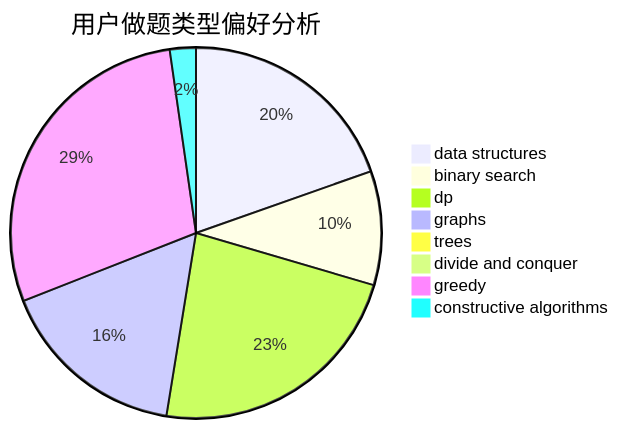
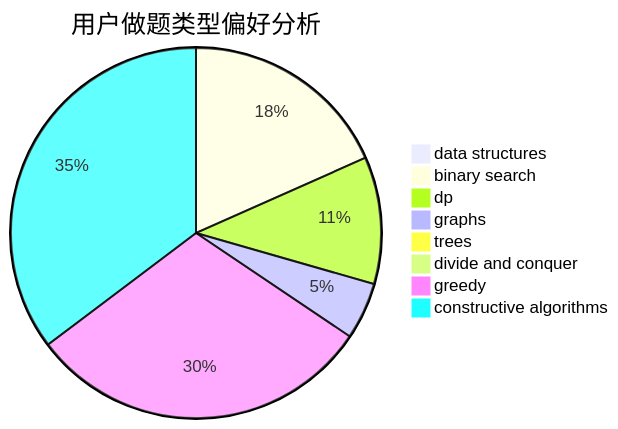
The second of 3 diagrams in docs/user/u1496.md (sherpahu/cfrs.github.io), drawn with Mermaid before and after one commit. The commit also changed other lines of this file and 2770 other files, not shown here.

````diff
--- a/docs/user/u1496.md
+++ b/docs/user/u1496.md
@@ -23,11 +23,11 @@
 ```mermaid
 pie title 用户做题类型偏好分析
-    "data structures" :  69
-    "binary search" :  35
-    "dp" :  81
-    "graphs" :  58
-    "trees" :  1
+    "data structures" :  7
+    "binary search" :  129
+    "dp" :  78
+    "graphs" :  35
+    "trees" :  0
     "divide and conquer" :  0
-    "greedy" :  101
-    "constructive algorithms" :  8
+    "greedy" :  213
+    "constructive algorithms" :  248
 ```
````
